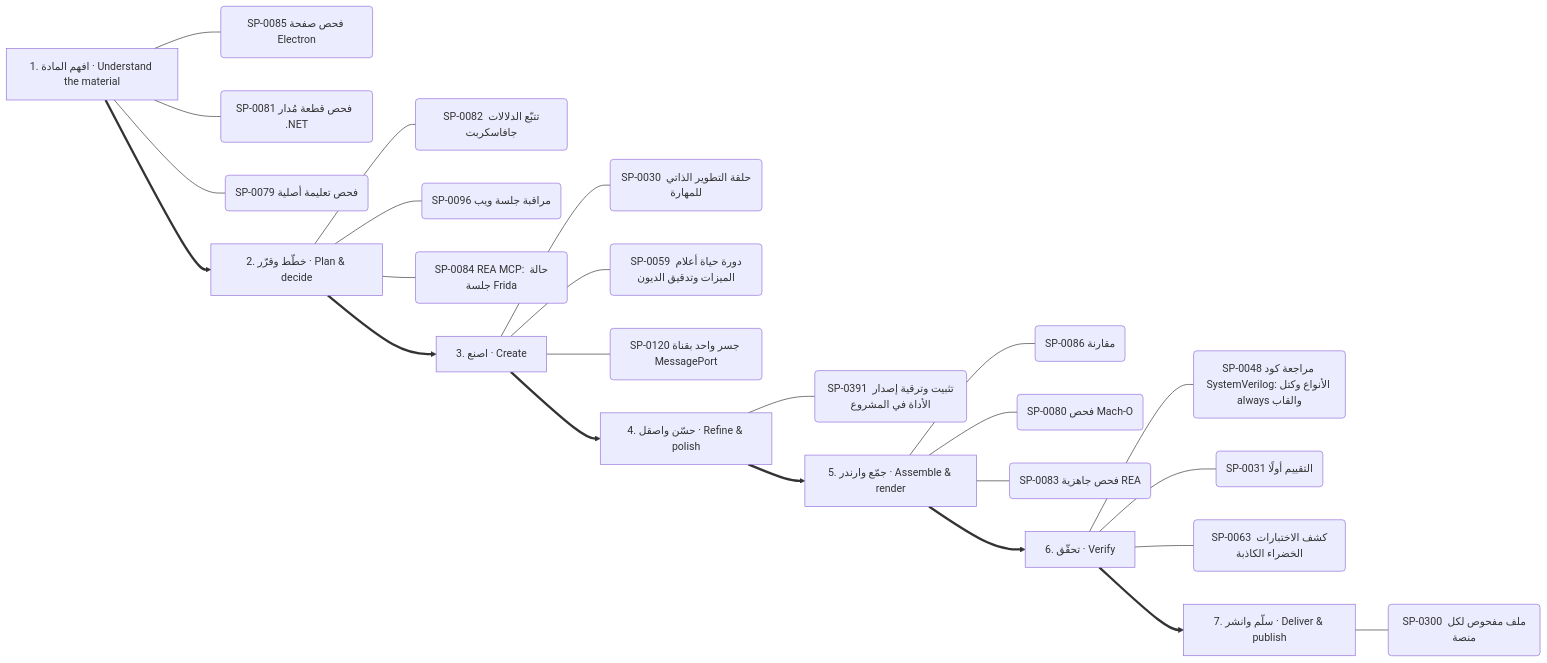
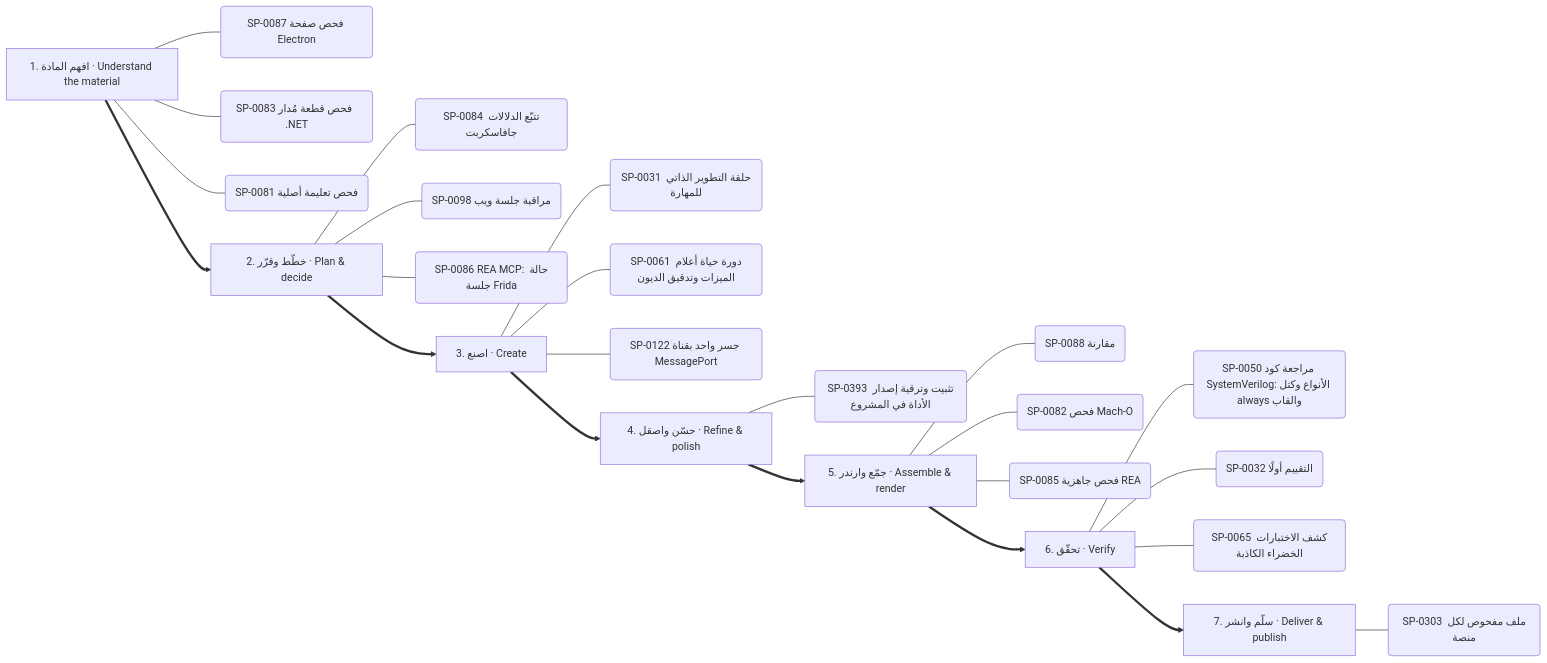
Diagram 11 of 13 in .claude/skills/kosif-superpowers/references/capability-mindmap.md (kosif199022-jpg/kosif-tool), drawn with Mermaid before and after one commit. The commit also changed other lines of this file and 153 other files, not shown here.

````diff
--- a/.claude/skills/kosif-superpowers/references/capability-mindmap.md
+++ b/.claude/skills/kosif-superpowers/references/capability-mindmap.md
@@ -557,33 +552,33 @@
 ```mermaid
 flowchart LR
   S0["1. افهم المادة · Understand the material"]
-  S0 --- S0_0("SP-0085 فحص صفحة Electron")
-  S0 --- S0_1("SP-0081 فحص قطعة مُدار  .NET ")
-  S0 --- S0_2("SP-0079 فحص تعليمة أصلية")
+  S0 --- S0_0("SP-0087 فحص صفحة Electron")
+  S0 --- S0_1("SP-0083 فحص قطعة مُدار  .NET ")
+  S0 --- S0_2("SP-0081 فحص تعليمة أصلية")
   S1["2. خطّط وقرّر · Plan & decide"]
-  S1 --- S1_0("SP-0082 تتبّع الدلالات جافاسكربت")
-  S1 --- S1_1("SP-0096 مراقبة جلسة ويب")
-  S1 --- S1_2("SP-0084 REA MCP: حالة جلسة Frida")
+  S1 --- S1_0("SP-0084 تتبّع الدلالات جافاسكربت")
+  S1 --- S1_1("SP-0098 مراقبة جلسة ويب")
+  S1 --- S1_2("SP-0086 REA MCP: حالة جلسة Frida")
   S0 ==> S1
   S2["3. اصنع · Create"]
-  S2 --- S2_0("SP-0030 حلقة التطوير الذاتي للمهارة")
-  S2 --- S2_1("SP-0059 دورة حياة أعلام الميزات وتدقيق الديون")
-  S2 --- S2_2("SP-0120 جسر واحد بقناة MessagePort")
+  S2 --- S2_0("SP-0031 حلقة التطوير الذاتي للمهارة")
+  S2 --- S2_1("SP-0061 دورة حياة أعلام الميزات وتدقيق الديون")
+  S2 --- S2_2("SP-0122 جسر واحد بقناة MessagePort")
   S1 ==> S2
   S3["4. حسّن واصقل · Refine & polish"]
-  S3 --- S3_0("SP-0391 تثبيت وترقية إصدار الأداة في المشروع")
+  S3 --- S3_0("SP-0393 تثبيت وترقية إصدار الأداة في المشروع")
   S2 ==> S3
   S4["5. جمّع وارندر · Assemble & render"]
-  S4 --- S4_0("SP-0086 مقارنة")
-  S4 --- S4_1("SP-0080 فحص Mach-O")
-  S4 --- S4_2("SP-0083 فحص جاهزية REA")
+  S4 --- S4_0("SP-0088 مقارنة")
+  S4 --- S4_1("SP-0082 فحص Mach-O")
+  S4 --- S4_2("SP-0085 فحص جاهزية REA")
   S3 ==> S4
   S5["6. تحقّق · Verify"]
-  S5 --- S5_0("SP-0048 مراجعة كود SystemVerilog: الأنواع وكتل always والقاب")
-  S5 --- S5_1("SP-0031 التقييم أولًا")
-  S5 --- S5_2("SP-0063 كشف الاختبارات الخضراء الكاذبة")
+  S5 --- S5_0("SP-0050 مراجعة كود SystemVerilog: الأنواع وكتل always والقاب")
+  S5 --- S5_1("SP-0032 التقييم أولًا")
+  S5 --- S5_2("SP-0065 كشف الاختبارات الخضراء الكاذبة")
   S4 ==> S5
   S6["7. سلّم وانشر · Deliver & publish"]
-  S6 --- S6_0("SP-0300 ملف مفحوص لكل منصة")
+  S6 --- S6_0("SP-0303 ملف مفحوص لكل منصة")
   S5 ==> S6
 ```
````
